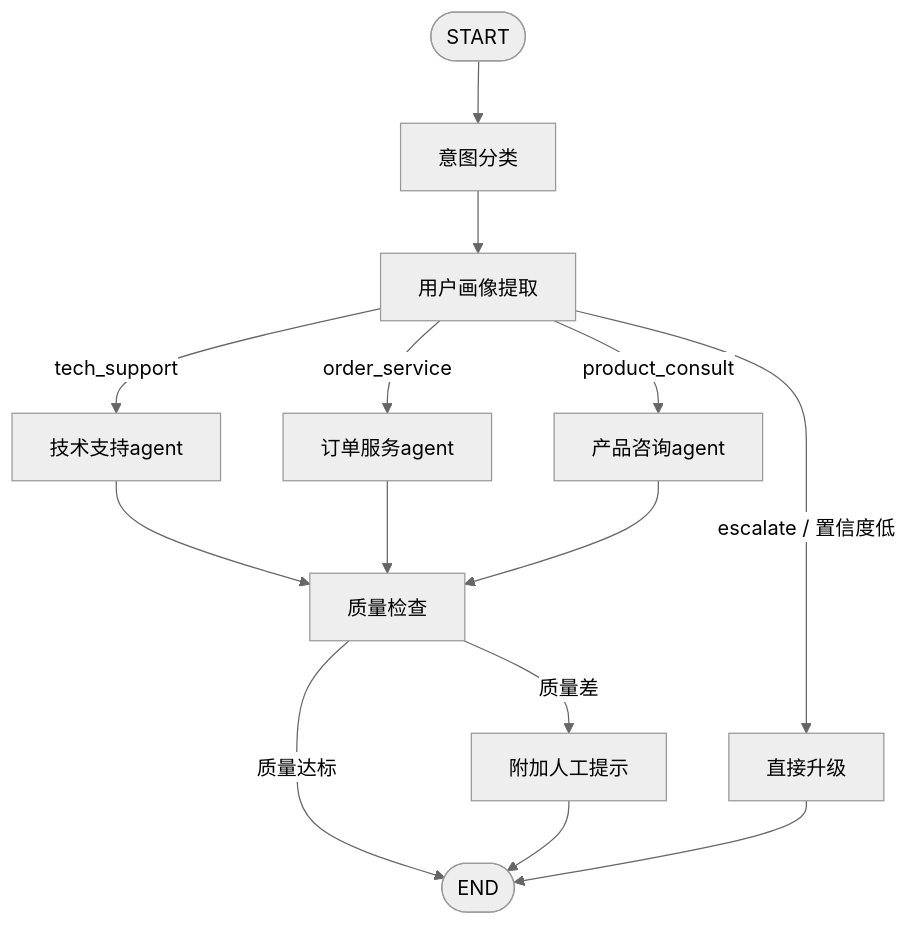
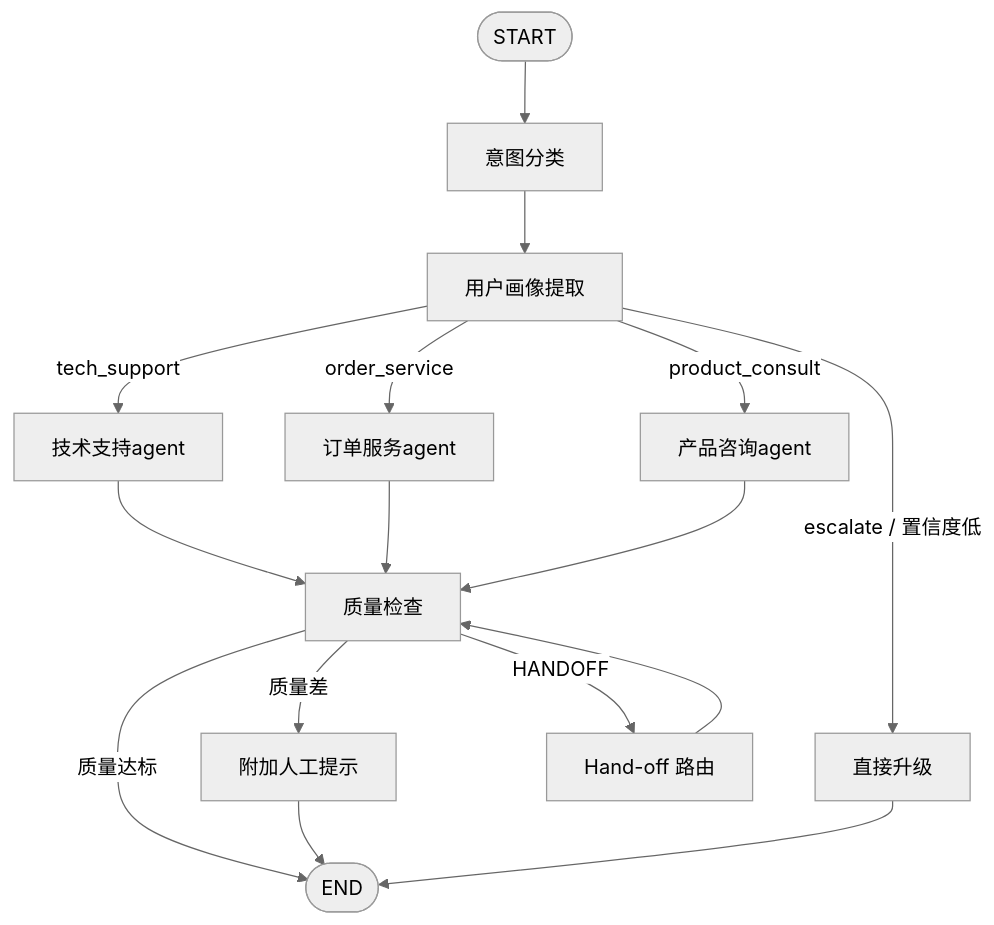
Before and after one commit to Yijtu/multi-agent-customer-service: the diagram in README.md, drawn with Mermaid (neutral theme). The commit also changed other lines of this file and 65 other files, not shown here.

````diff
--- a/README.md
+++ b/README.md
@@ -21,16 +27,18 @@
 ```mermaid
 flowchart TD
     START([START]) --> classify[意图分类]
     classify --> extract[用户画像提取]
     extract -->|tech_support| tech[技术支持agent]
     extract -->|order_service| order[订单服务agent]
     extract -->|product_consult| product[产品咨询agent]
     extract -->|escalate / 置信度低| escalate[直接升级]
     tech --> quality[质量检查]
     order --> quality
     product --> quality
     quality -->|质量达标| END([END])
     quality -->|质量差| final_esc[附加人工提示]
+    quality -->|HANDOFF| handoff[Hand-off 路由]
+    handoff --> quality
     escalate --> END
     final_esc --> END
 ```
````
